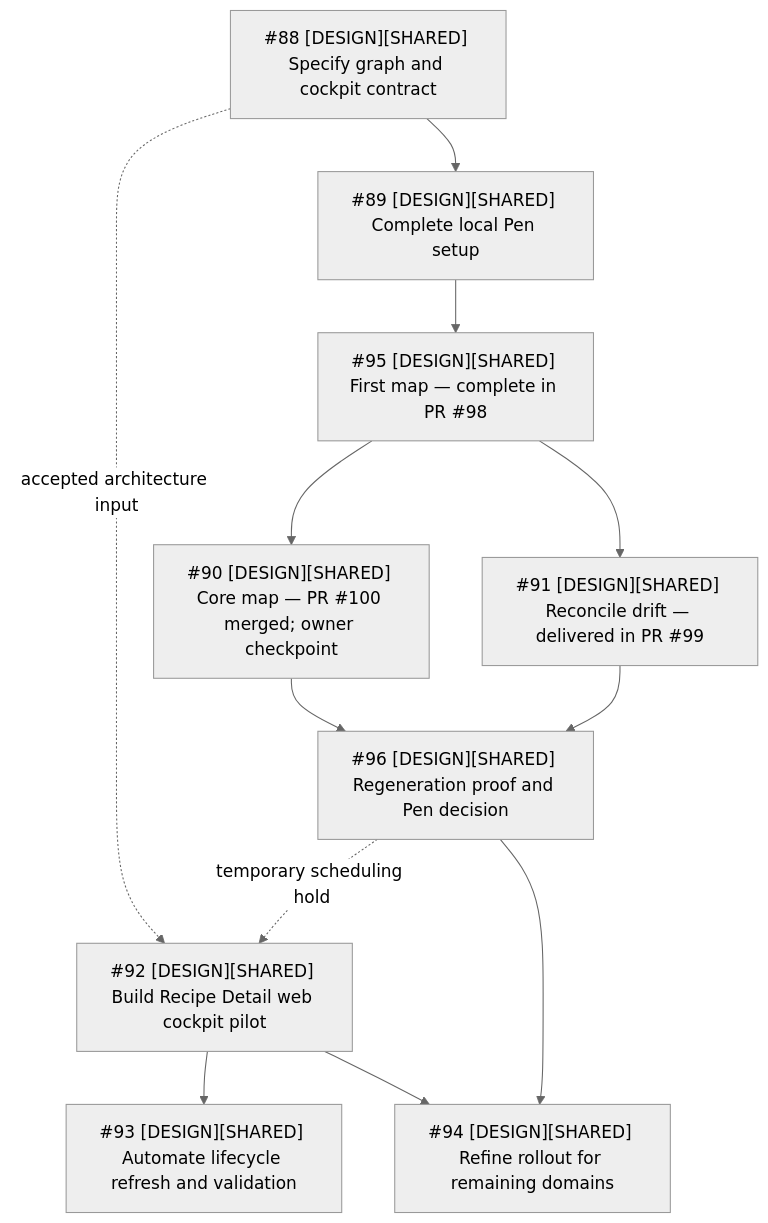
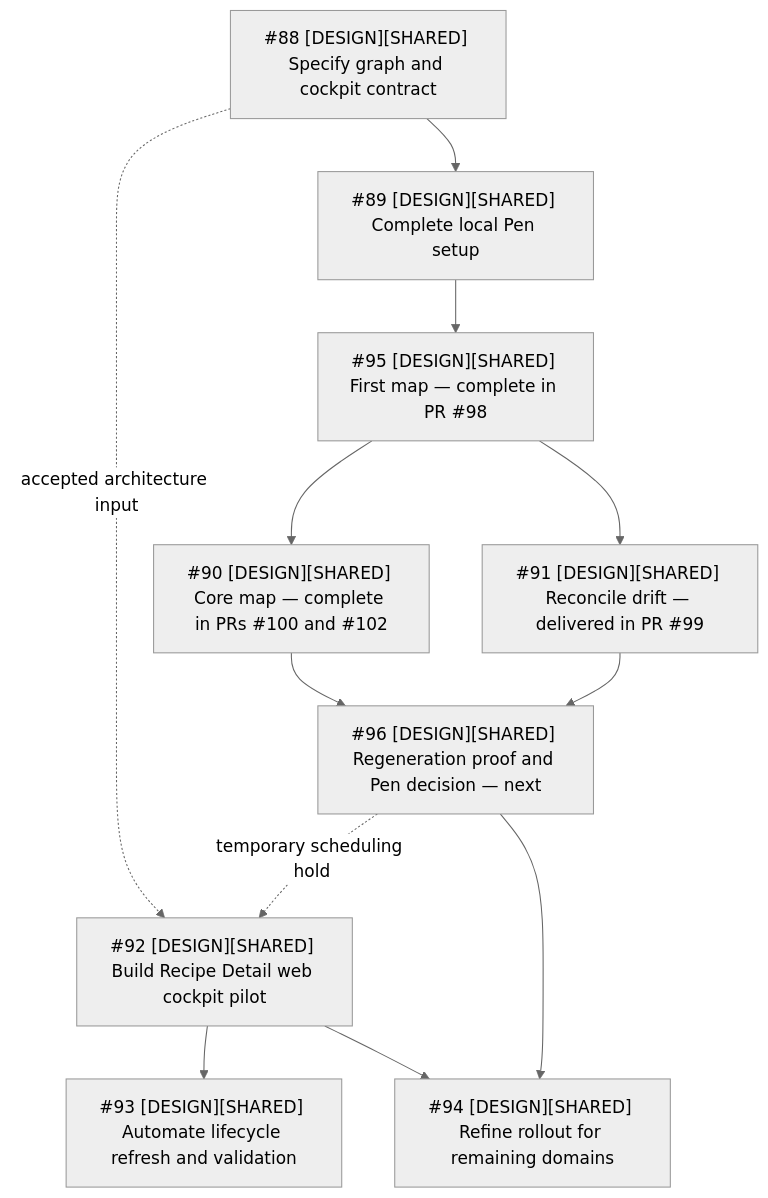
The diagram in design/shared/design-operations-cockpit-spec.md (starkovalera/recipe-manager), drawn with Mermaid (neutral theme) before and after one commit. The commit also changed other lines of this file and 6 other files, not shown here.

First line of the commit message:
[DESIGN][SHARED] Persist Recipe Detail Core Pen map (#102)

````diff
--- a/design/shared/design-operations-cockpit-spec.md
+++ b/design/shared/design-operations-cockpit-spec.md
@@ -362,25 +363,25 @@
 ```mermaid
 flowchart TD
   spec["#88 [DESIGN][SHARED] Specify graph and cockpit contract"]
   setup["#89 [DESIGN][SHARED] Complete local Pen setup"]
   first["#95 [DESIGN][SHARED] First map — complete in PR #98"]
-  core["#90 [DESIGN][SHARED] Core map — PR #100 merged; owner checkpoint"]
+  core["#90 [DESIGN][SHARED] Core map — complete in PRs #100 and #102"]
   maintenance["#91 [DESIGN][SHARED] Reconcile drift — delivered in PR #99"]
-  decision["#96 [DESIGN][SHARED] Regeneration proof and Pen decision"]
+  decision["#96 [DESIGN][SHARED] Regeneration proof and Pen decision — next"]
   cockpit["#92 [DESIGN][SHARED] Build Recipe Detail web cockpit pilot"]
   automation["#93 [DESIGN][SHARED] Automate lifecycle refresh and validation"]
   refinement["#94 [DESIGN][SHARED] Refine rollout for remaining domains"]
 
   spec --> setup
   setup --> first
   first --> core
   first --> maintenance
   core --> decision
   maintenance --> decision
 
   spec -. accepted architecture input .-> cockpit
   decision -. temporary scheduling hold .-> cockpit
   cockpit --> automation
   cockpit --> refinement
   decision --> refinement
 ```
````
